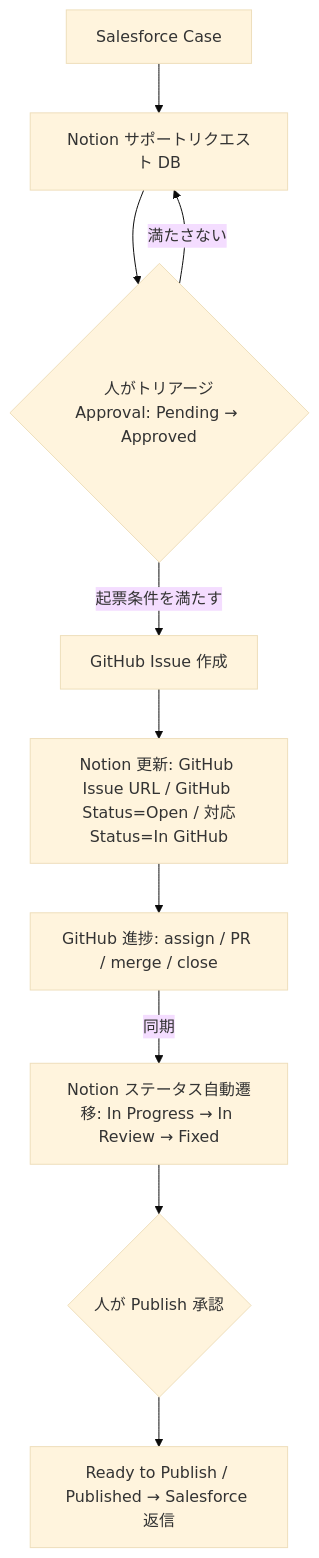
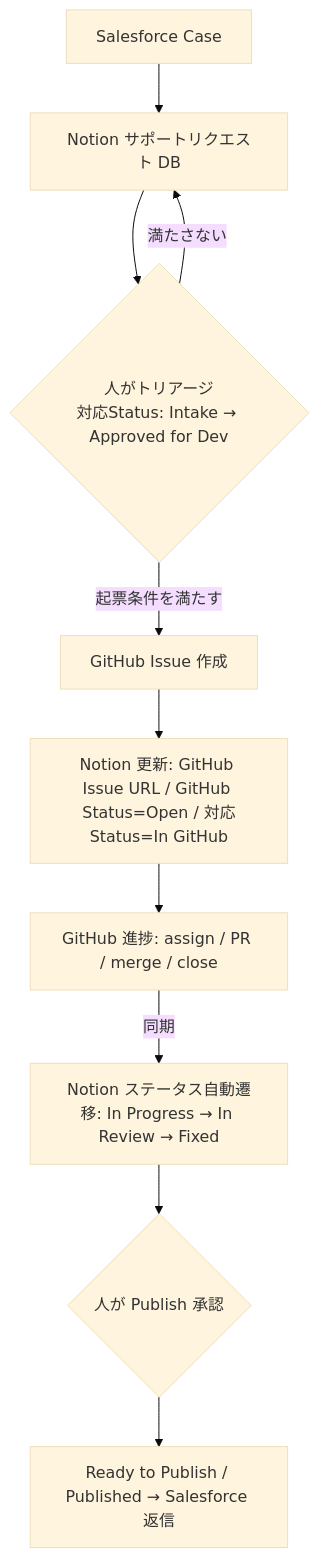
Before and after one commit to AoiNotion/Aoi_test: the diagram in docs/notion-github-agent-design.md, drawn with Mermaid (base theme). The commit also changed other lines of this file and 2 other files, not shown here.

First line of the commit message:
Switch issue-creation gate to 対応Status = Approved for Dev

````diff
--- a/docs/notion-github-agent-design.md
+++ b/docs/notion-github-agent-design.md
@@ -21,12 +21,12 @@
 ```mermaid
 flowchart TD
   A["Salesforce Case"] --> B["Notion サポートリクエスト DB"]
-  B --> C{"人がトリアージ<br>Approval: Pending → Approved"}
+  B --> C{"人がトリアージ<br>対応Status: Intake → Approved for Dev"}
   C -->|"起票条件を満たす"| D["GitHub Issue 作成"]
   C -->|"満たさない"| B
   D --> E["Notion 更新: GitHub Issue URL / GitHub Status=Open / 対応Status=In GitHub"]
   E --> F["GitHub 進捗: assign / PR / merge / close"]
   F -->|"同期"| G["Notion ステータス自動遷移: In Progress → In Review → Fixed"]
   G --> H{"人が Publish 承認"}
   H --> I["Ready to Publish / Published → Salesforce 返信"]
 ```
````
